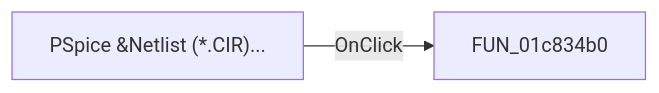
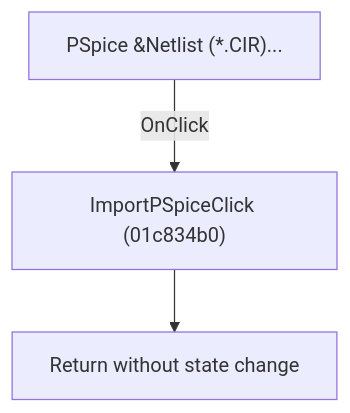
The diagram in docs/ui-controls/schematiceditor/importpspice-b57e3c8004.md (MovGP0/TIARA), drawn with Mermaid before and after one commit. The commit also changed other lines of this file and 1062 other files, not shown here.

````diff
--- a/docs/ui-controls/schematiceditor/importpspice-b57e3c8004.md
+++ b/docs/ui-controls/schematiceditor/importpspice-b57e3c8004.md
@@ -27,4 +27,5 @@
 ```mermaid
-flowchart LR
-    control["PSpice &Netlist (*.CIR)..."] -->|OnClick| handler["FUN_01c834b0"]
+flowchart TD
+    control["PSpice &Netlist (*.CIR)..."] -->|"OnClick"| handler["ImportPSpiceClick (01c834b0)"]
+    handler --> return["Return without state change"]
 ```
````
